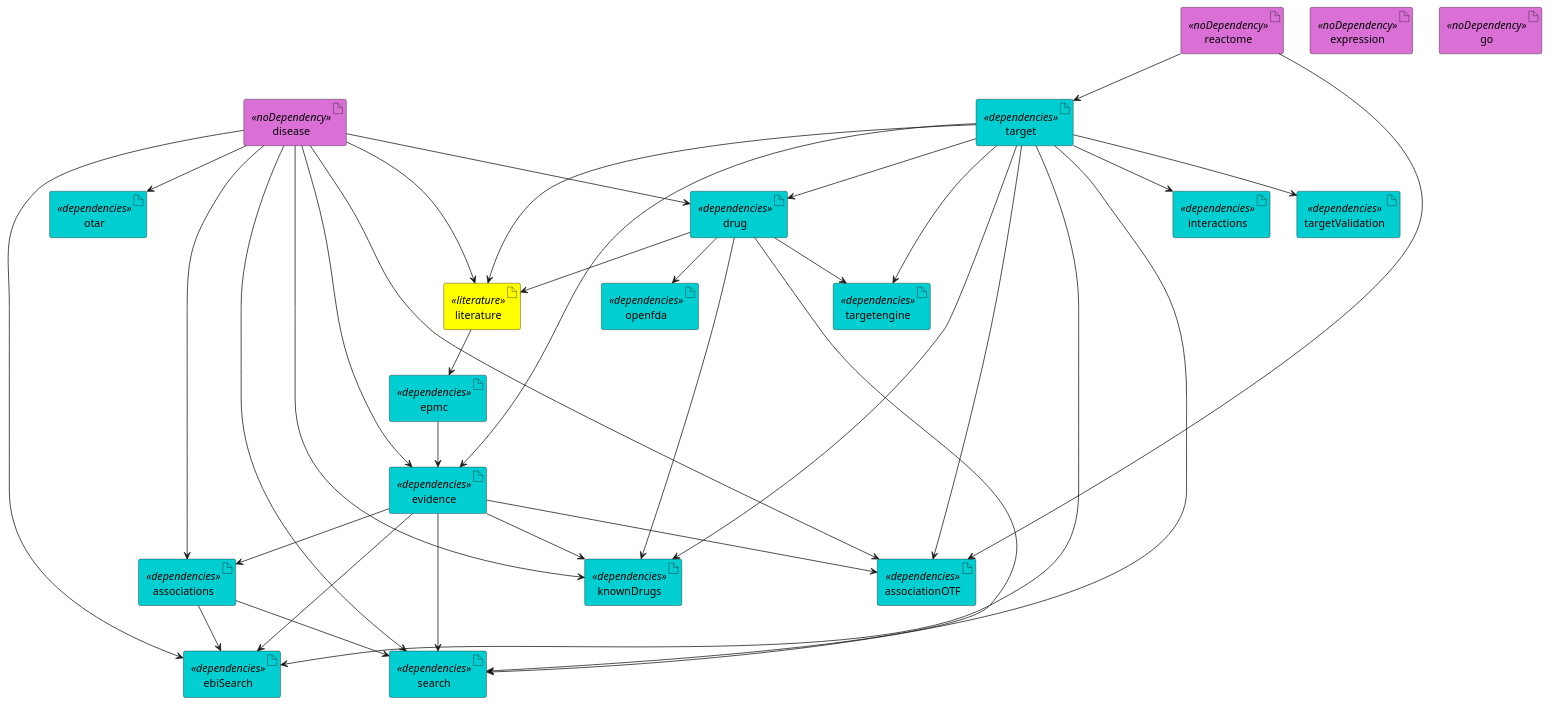
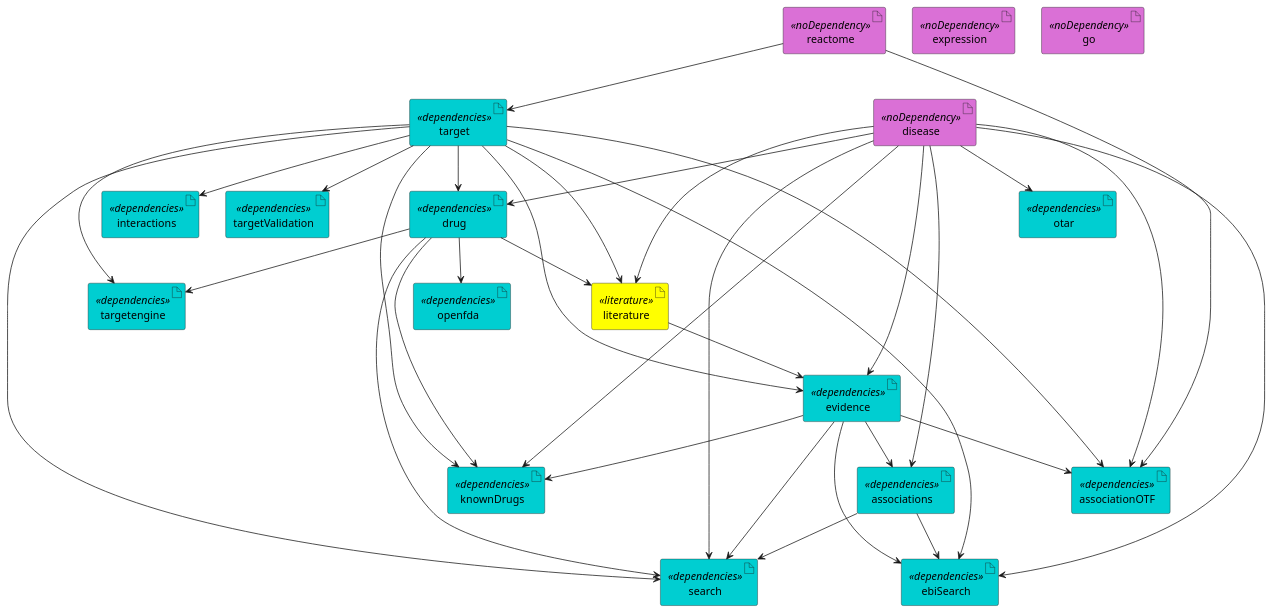
Before and after one commit to opentargets/platform-etl-backend: the diagram in documentation/etl_current.puml, drawn with PlantUML.

Commit message:
remove epmc from dag

```diff
--- a/documentation/etl_current.puml
+++ b/documentation/etl_current.puml
@@ -1,76 +1,74 @@
 @startuml
 skinparam interface {
     backgroundColor<<input>> darkblue
     backgroundColor<<output>> cyan
 }
 skinparam artifact {
      backgroundColor<<noDependency>> orchid
      backgroundColor<<dependencies>> darkturquoise
      backgroundColor<<literature>> yellow
  }
 ' steps
 artifact literature <<literature>>
 artifact associations <<dependencies>>
 artifact associationOTF <<dependencies>>
 artifact disease <<noDependency>>
 artifact drug <<dependencies>>
-artifact epmc <<dependencies>>
 artifact evidence <<dependencies>>
 artifact expression <<noDependency>>
 artifact go <<noDependency>>
 artifact interactions <<dependencies>>
 artifact knownDrugs <<dependencies>>
 artifact targetValidation<<dependencies>>
 artifact reactome <<noDependency>>
 artifact search <<dependencies>>
 artifact target <<dependencies>>
 artifact openfda <<dependencies>>
 artifact ebiSearch <<dependencies>>
 artifact otar <<dependencies>>
 artifact targetengine <<dependencies>>
 
 disease --> otar
 reactome --> target
 
 evidence --> associations
 disease --> associations
 
 reactome --> associationOTF
 evidence --> associationOTF
 disease --> associationOTF
 target --> associationOTF
 
 target --> drug
 disease --> drug
 target --> evidence
 disease --> evidence
 
 evidence --> knownDrugs
 disease --> knownDrugs
 target --> knownDrugs
 drug --> knownDrugs
 
 evidence --> search
 disease --> search
 target --> search
 drug --> search
 associations --> search
 
 target --> interactions
 target --> targetengine
 target --> targetValidation
 
 drug --> openfda
 drug --> targetengine
 
 disease --> ebiSearch
 target --> ebiSearch
 evidence --> ebiSearch
 associations --> ebiSearch
 
-epmc --> evidence
-literature --> epmc
+literature --> evidence
 target --> literature
 drug --> literature
 disease --> literature
 @enduml
```
